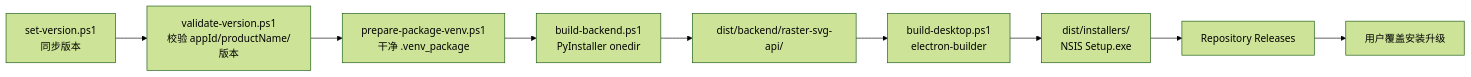
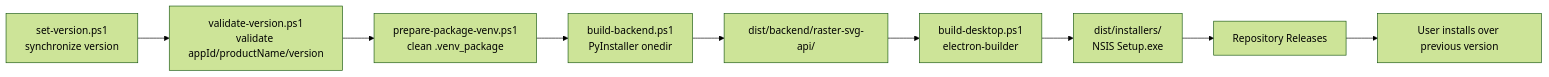
Before and after one commit to PeiXingXie/Raster2SVG-Demo: the second of 2 diagrams in architecture-summary/05-deployment-and-release.md, drawn with Mermaid (forest theme). The commit also changed other lines of this file and 14 other files, not shown here.

````diff
--- a/architecture-summary/05-deployment-and-release.md
+++ b/architecture-summary/05-deployment-and-release.md
@@ -66,11 +66,11 @@
 ```mermaid
 flowchart LR
-    Version["set-version.ps1<br/>同步版本"] --> Validate["validate-version.ps1<br/>校验 appId/productName/版本"]
-    Validate --> Venv["prepare-package-venv.ps1<br/>干净 .venv_package"]
+    Version["set-version.ps1<br/>synchronize version"] --> Validate["validate-version.ps1<br/>validate appId/productName/version"]
+    Validate --> Venv["prepare-package-venv.ps1<br/>clean .venv_package"]
     Venv --> PyInstaller["build-backend.ps1<br/>PyInstaller onedir"]
     PyInstaller --> Backend["dist/backend/raster-svg-api/"]
     Backend --> ElectronBuilder["build-desktop.ps1<br/>electron-builder"]
     ElectronBuilder --> Installer["dist/installers/<br/>NSIS Setup.exe"]
     Installer --> Release["Repository Releases"]
-    Release --> Upgrade["用户覆盖安装升级"]
+    Release --> Upgrade["User installs over previous version"]
 ```
````
